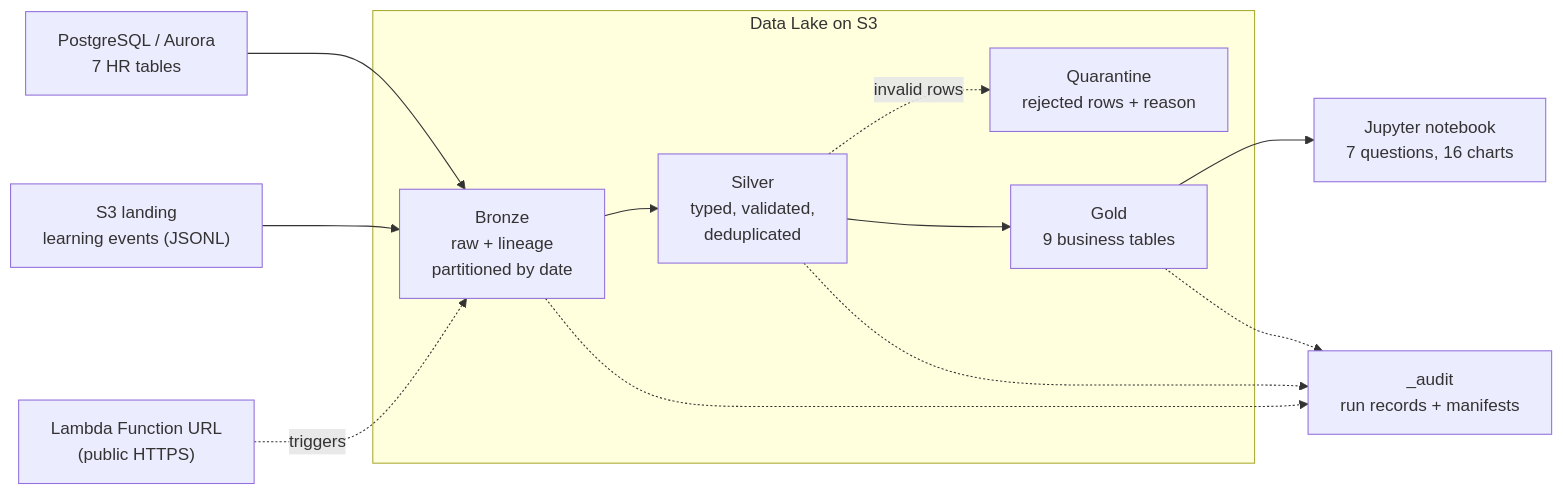
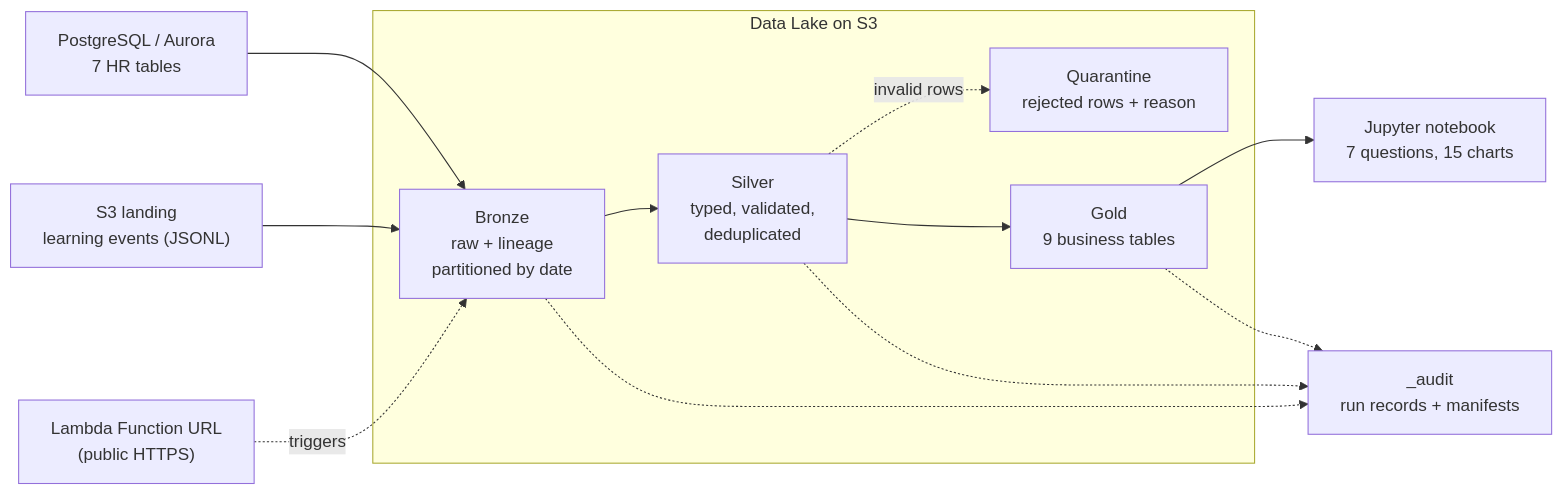
Before and after one commit to hamzaikram2026/employee-performance-analytics-etl: the diagram in backend/acme-perf-etl/README.md, drawn with Mermaid. The commit also changed other lines of this file and 1 other file, not shown here.

Commit message:
Notebook re-run live against AWS; correct chart count to 15

````diff
--- a/backend/acme-perf-etl/README.md
+++ b/backend/acme-perf-etl/README.md
@@ -22,25 +22,25 @@
 ```mermaid
 graph LR
     PG["PostgreSQL / Aurora<br/>7 HR tables"]
     S3L["S3 landing<br/>learning events (JSONL)"]
     subgraph Data Lake on S3
         B["Bronze<br/>raw + lineage<br/>partitioned by date"]
         S["Silver<br/>typed, validated,<br/>deduplicated"]
         Q["Quarantine<br/>rejected rows + reason"]
         G["Gold<br/>9 business tables"]
     end
     A["_audit<br/>run records + manifests"]
-    NB["Jupyter notebook<br/>7 questions, 16 charts"]
+    NB["Jupyter notebook<br/>7 questions, 15 charts"]
     URL["Lambda Function URL<br/>(public HTTPS)"]
 
     PG --> B
     S3L --> B
     B --> S
     S -.invalid rows.-> Q
     S --> G
     G --> NB
     URL -.triggers.-> B
     B -.-> A
     S -.-> A
     G -.-> A
 ```
````
